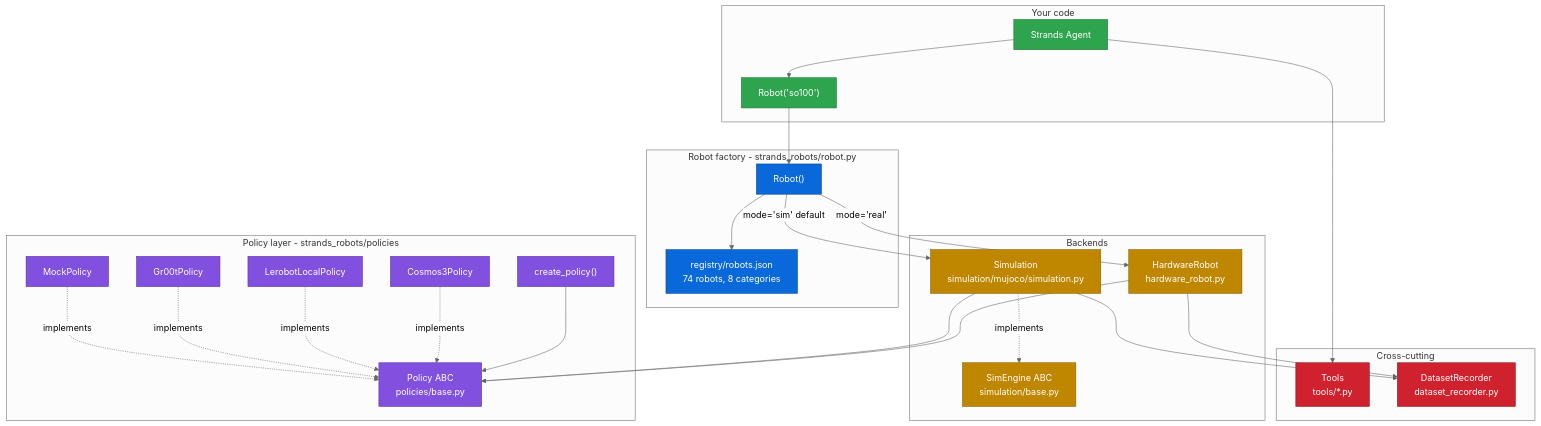
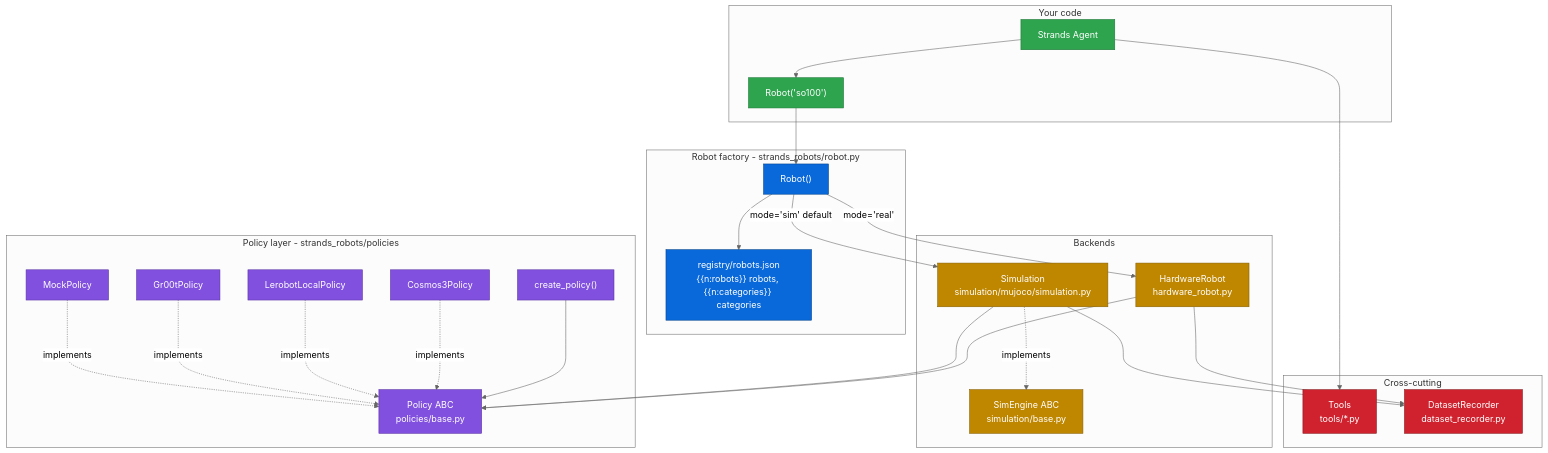
The diagram in docs/architecture.md (Stars1233/robots), drawn with Mermaid (neutral theme) before and after one commit. The commit also changed other lines of this file and 35 other files, not shown here.

````diff
--- a/docs/architecture.md
+++ b/docs/architecture.md
@@ -11,63 +11,63 @@
 ```mermaid
 graph TB
     subgraph user[Your code]
         AGENT["Strands Agent"]
         FACTORY["Robot('so100')"]
     end
 
     subgraph factory_layer[Robot factory  -  strands_robots/robot.py]
         ROBOT["Robot()"]
-        REGISTRY["registry/robots.json<br/>74 robots, 8 categories"]
+        REGISTRY["registry/robots.json<br/>{{n:robots}} robots, {{n:categories}} categories"]
         ROBOT --> REGISTRY
     end
 
     subgraph backends[Backends]
         SIM["Simulation<br/>simulation/mujoco/simulation.py"]
         HW["HardwareRobot<br/>hardware_robot.py"]
         SIM_ABC["SimEngine ABC<br/>simulation/base.py"]
         SIM -.implements.-> SIM_ABC
     end
 
     subgraph policies[Policy layer  -  strands_robots/policies]
         POLICY_ABC["Policy ABC<br/>policies/base.py"]
         MOCK["MockPolicy"]
         GROOT["Gr00tPolicy"]
         LEROBOT["LerobotLocalPolicy"]
         COSMOS3["Cosmos3Policy"]
         FACTORY_FN["create_policy()"]
         MOCK -.implements.-> POLICY_ABC
         GROOT -.implements.-> POLICY_ABC
         LEROBOT -.implements.-> POLICY_ABC
         COSMOS3 -.implements.-> POLICY_ABC
         FACTORY_FN --> POLICY_ABC
     end
 
     subgraph extras[Cross-cutting]
         TOOLS["Tools<br/>tools/*.py"]
         RECORDER["DatasetRecorder<br/>dataset_recorder.py"]
     end
 
     AGENT --> FACTORY
     FACTORY --> ROBOT
     ROBOT -->|mode='sim' default| SIM
     ROBOT -->|mode='real'| HW
 
     SIM --> POLICY_ABC
     HW --> POLICY_ABC
     SIM --> RECORDER
     HW --> RECORDER
 
     AGENT --> TOOLS
 
     classDef user fill:#2ea44f,stroke:#1b7735,color:#fff
     classDef factory fill:#0969da,stroke:#044289,color:#fff
     classDef backend fill:#bf8700,stroke:#875e00,color:#fff
     classDef policy fill:#8250df,stroke:#5a32a3,color:#fff
     classDef cross fill:#cf222e,stroke:#86181d,color:#fff
 
     class AGENT,FACTORY user
     class ROBOT,REGISTRY factory
     class SIM,HW,SIM_ABC backend
     class POLICY_ABC,MOCK,GROOT,LEROBOT,COSMOS3,FACTORY_FN policy
     class TOOLS,RECORDER cross
 ```
````
